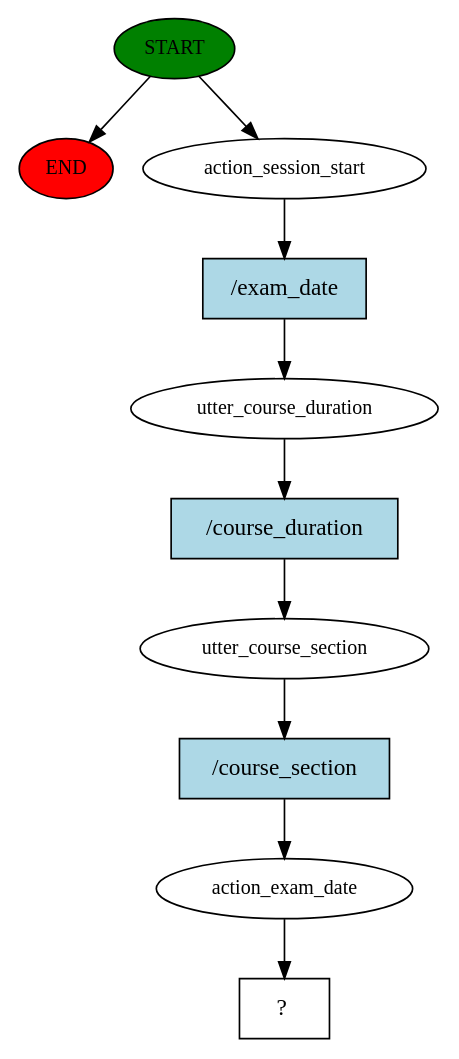
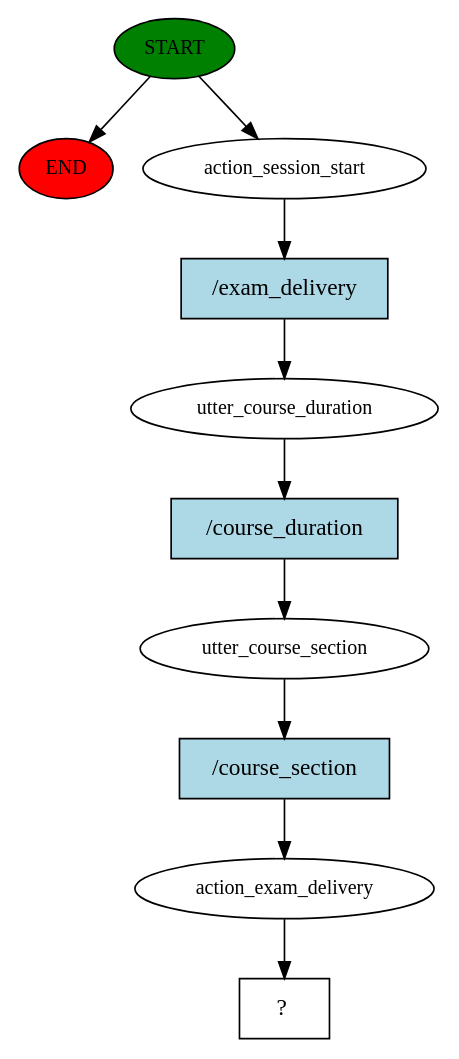
One commit to A98Rahman/COSC4P02Project changed the diagram in rasa/story_graph.dot. Above: the diagram before and after it, drawn with Graphviz. The commit also changed 5 other files, not shown here.

```diff
--- a/rasa/story_graph.dot
+++ b/rasa/story_graph.dot
@@ -1,21 +1,21 @@
 digraph  {
 0 [class="start active", fillcolor=green, fontsize=12, label=START, style=filled];
 "-1" [class=end, fillcolor=red, fontsize=12, label=END, style=filled];
 1 [class=active, fontsize=12, label=action_session_start];
 2 [class=active, fontsize=12, label=utter_course_duration];
 3 [class=active, fontsize=12, label=utter_course_section];
-4 [class=active, fontsize=12, label=action_exam_date];
+4 [class=active, fontsize=12, label=action_exam_delivery];
 5 [class="intent dashed active", label="  ?  ", shape=rect];
-6 [class="intent active", fillcolor=lightblue, label="/exam_date", shape=rect, style=filled];
+6 [class="intent active", fillcolor=lightblue, label="/exam_delivery", shape=rect, style=filled];
 7 [class="intent active", fillcolor=lightblue, label="/course_duration", shape=rect, style=filled];
 8 [class="intent active", fillcolor=lightblue, label="/course_section", shape=rect, style=filled];
 0 -> "-1"  [class="", key=NONE, label=""];
 0 -> 1  [class=active, key=NONE, label=""];
 1 -> 6  [class=active, key=0];
 2 -> 7  [class=active, key=0];
 3 -> 8  [class=active, key=0];
 4 -> 5  [class=active, key=NONE, label=""];
 6 -> 2  [class=active, key=0];
 7 -> 3  [class=active, key=0];
 8 -> 4  [class=active, key=0];
 }
```
